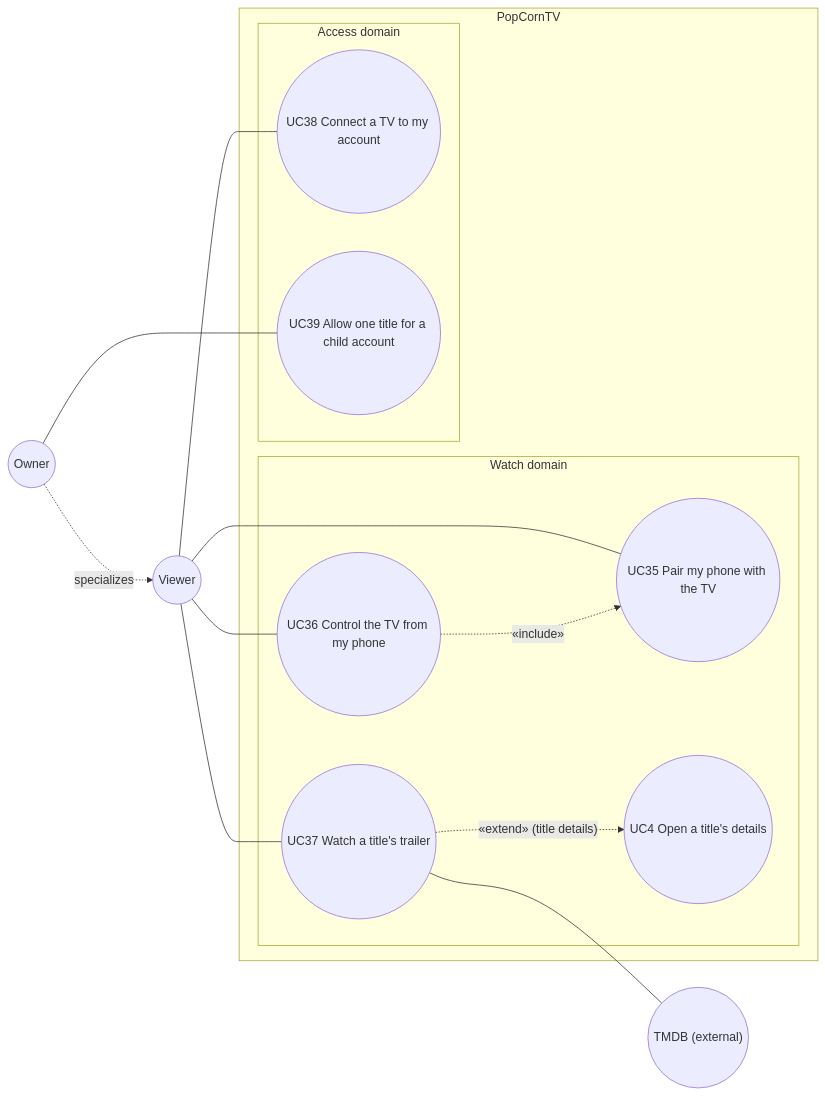
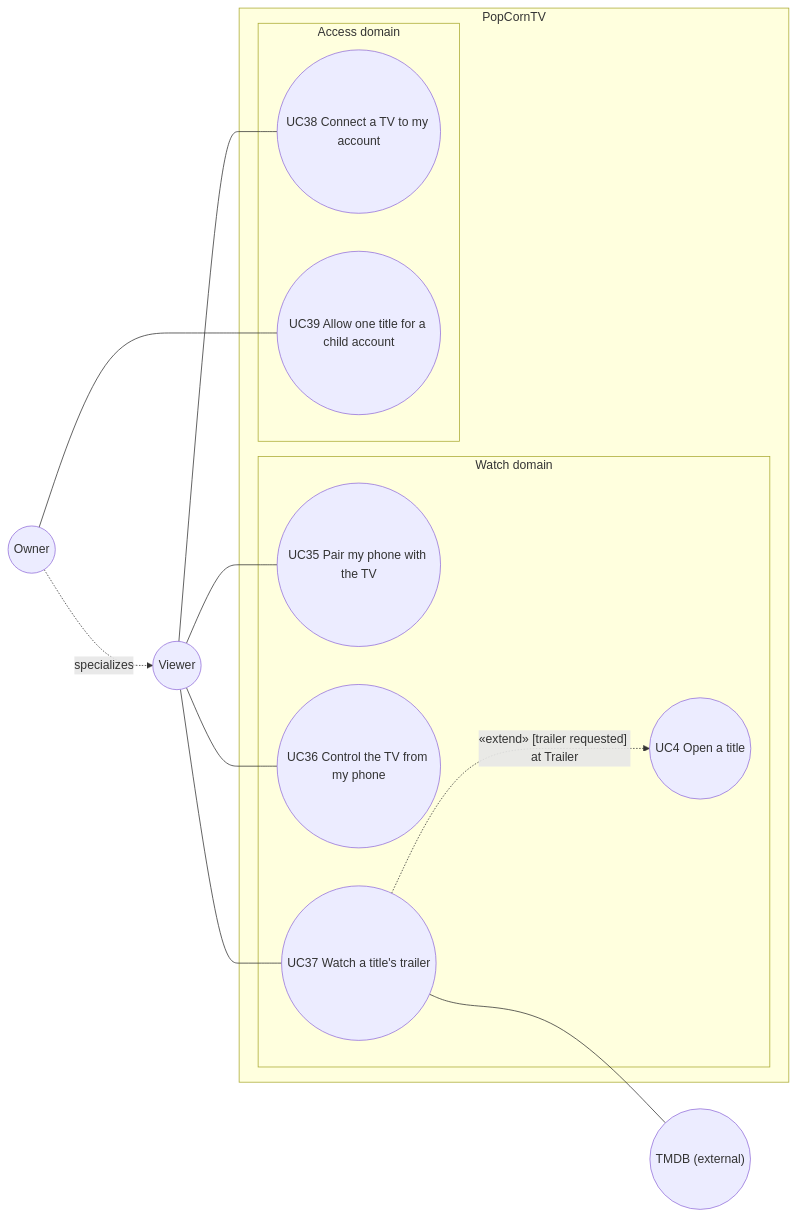
Before and after one commit to benoit-bremaud/popcorntv: the diagram in docs/architecture/diagrams/redesign/01-use-case.md, drawn with Mermaid. The commit also changed other lines of this file and 21 other files, not shown here.

````diff
--- a/docs/architecture/diagrams/redesign/01-use-case.md
+++ b/docs/architecture/diagrams/redesign/01-use-case.md
@@ -18,27 +18,26 @@
 ```mermaid
 flowchart LR
   Viewer((Viewer))
   Owner((Owner))
   TMDB(("TMDB (external)"))
   subgraph SYSTEM ["PopCornTV"]
     subgraph Watch ["Watch domain"]
       UC35(("UC35 Pair my phone with the TV"))
       UC36(("UC36 Control the TV from my phone"))
-      UC4(("UC4 Open a title's details"))
+      UC4(("UC4 Open a title"))
       UC37(("UC37 Watch a title's trailer"))
     end
     subgraph Access ["Access domain"]
       UC38(("UC38 Connect a TV to my account"))
       UC39(("UC39 Allow one title for a child account"))
     end
   end
   Viewer --- UC35
   Viewer --- UC36
   Viewer --- UC37
   Viewer --- UC38
   Owner --- UC39
   Owner -. "specializes" .-> Viewer
-  UC36 -. "«include»" .-> UC35
-  UC37 -. "«extend» (title details)" .-> UC4
+  UC37 -. "«extend» [trailer requested] at Trailer" .-> UC4
   UC37 --- TMDB
 ```
````
